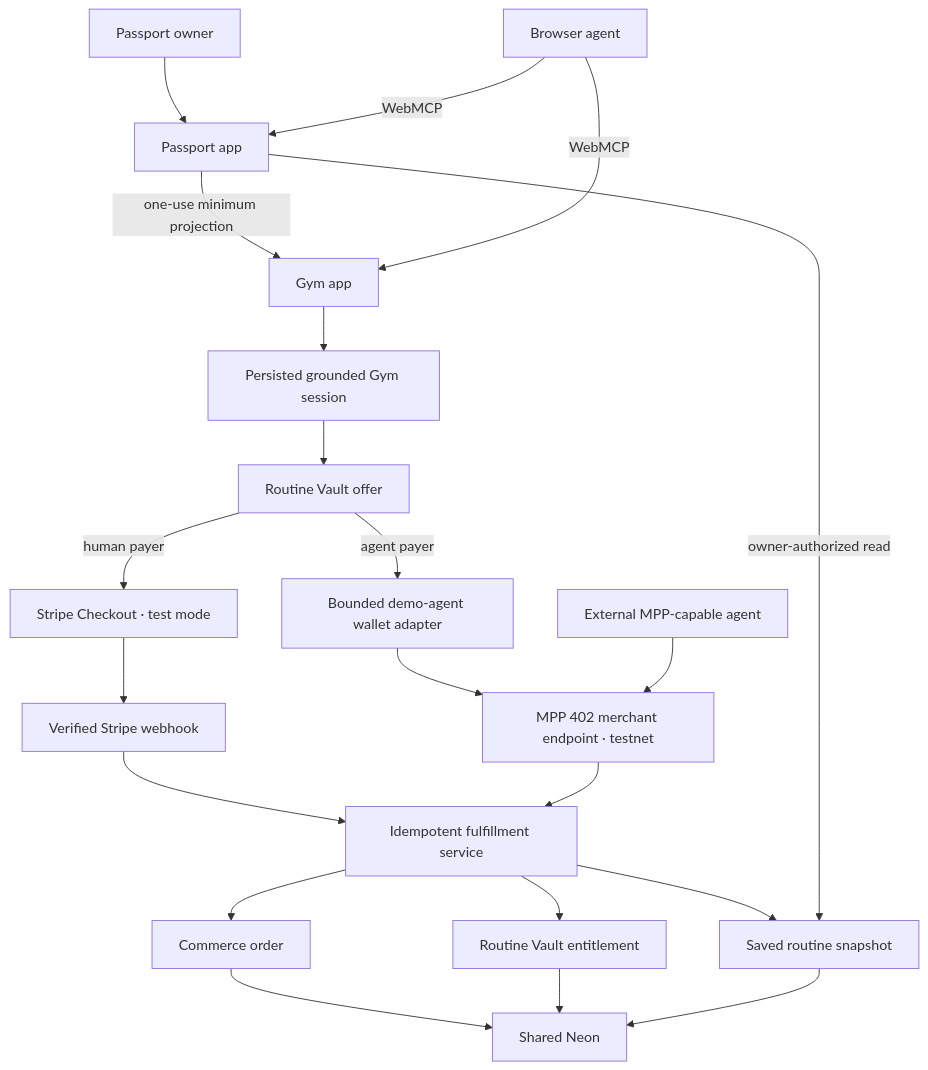
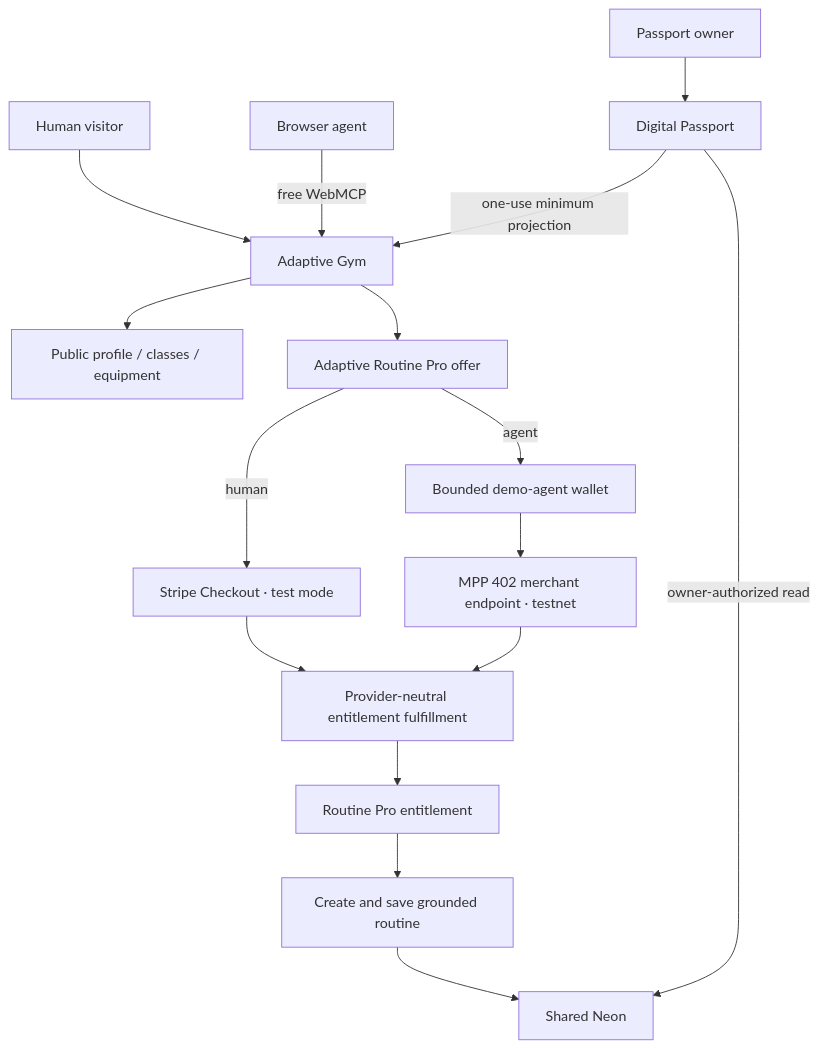
One commit to AlexCo888/webmcp_adaptive_world changed the diagram in docs/FIXES_AND_PAYMENT.md. Above: the diagram before and after it, drawn with Mermaid. The commit also changed other lines of this file, not shown here.

Commit message:
docs: refine free and pro WebMCP payment plan

````diff
--- a/docs/FIXES_AND_PAYMENT.md
+++ b/docs/FIXES_AND_PAYMENT.md
@@ -327,28 +193,21 @@
 ```mermaid
 flowchart TD
-    O["Passport owner"] --> PA["Passport app"]
-    A["Browser agent"] -->|"WebMCP"| PA
-    PA -->|"one-use minimum projection"| GA["Gym app"]
-    A -->|"WebMCP"| GA
-    GA --> S["Persisted grounded Gym session"]
-    S --> OF["Routine Vault offer"]
+    V["Human visitor"] --> G["Adaptive Gym"]
+    A["Browser agent"] -->|"free WebMCP"| G
+    G --> C["Public profile / classes / equipment"]
 
-    OF -->|"human payer"| SC["Stripe Checkout · test mode"]
-    SC --> WH["Verified Stripe webhook"]
+    P["Passport owner"] --> PA["Digital Passport"]
+    PA -->|"one-use minimum projection"| G
 
-    OF -->|"agent payer"| AW["Bounded demo-agent wallet adapter"]
-    AW --> MPP["MPP 402 merchant endpoint · testnet"]
-    EA["External MPP-capable agent"] --> MPP
+    G --> O["Adaptive Routine Pro offer"]
+    O -->|"human"| S["Stripe Checkout · test mode"]
+    O -->|"agent"| W["Bounded demo-agent wallet"]
+    W --> M["MPP 402 merchant endpoint · testnet"]
 
-    WH --> F["Idempotent fulfillment service"]
-    MPP --> F
-
-    F --> CO["Commerce order"]
-    F --> EN["Routine Vault entitlement"]
-    F --> SR["Saved routine snapshot"]
-    CO --> DB["Shared Neon"]
-    EN --> DB
-    SR --> DB
-
-    PA -->|"owner-authorized read"| SR
+    S --> F["Provider-neutral entitlement fulfillment"]
+    M --> F
+    F --> E["Routine Pro entitlement"]
+    E --> R["Create and save grounded routine"]
+    R --> DB["Shared Neon"]
+    PA -->|"owner-authorized read"| DB
 ```
````
